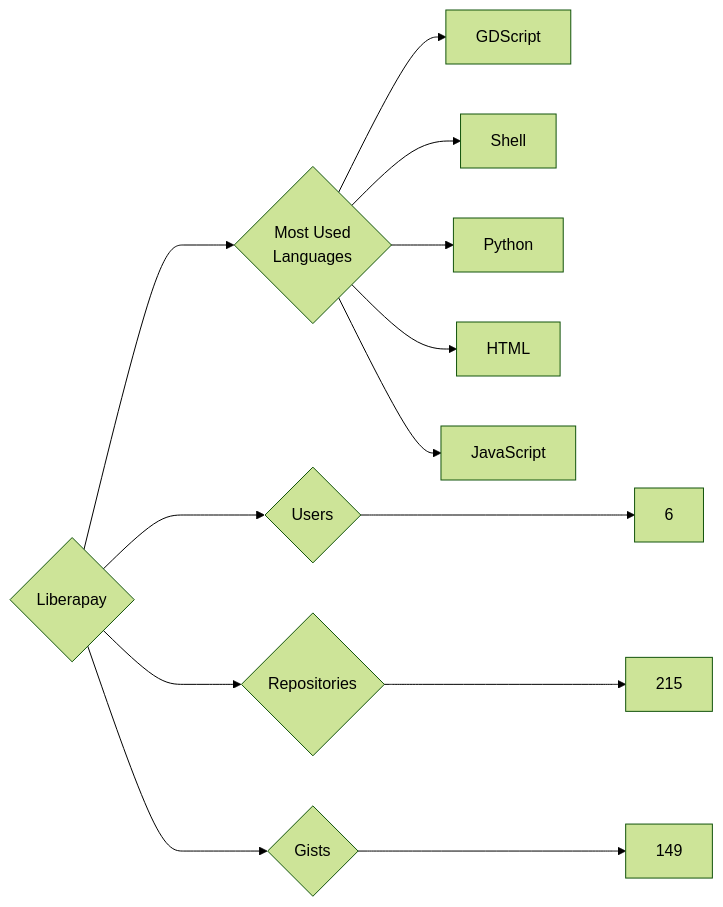
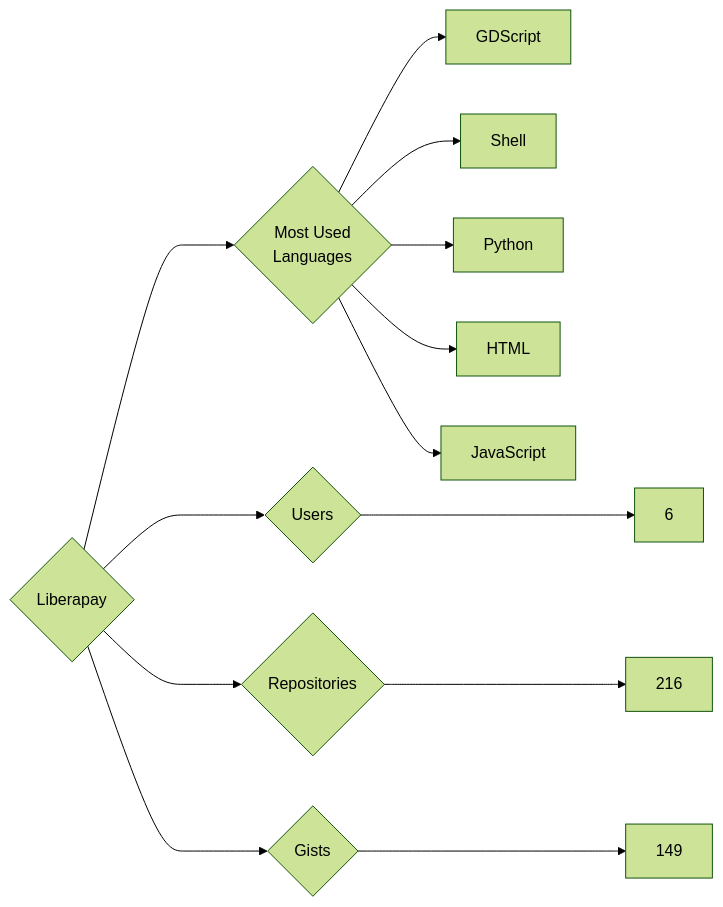
One commit to trickest/insiders changed the diagram in targets/Liberapay/README.md. Above: the diagram before and after it, drawn with Mermaid (forest theme). The commit also changed 814 other files, not shown here.

````diff
--- a/targets/Liberapay/README.md
+++ b/targets/Liberapay/README.md
@@ -3,13 +3,13 @@
 ```mermaid
 graph LR
 COMPANY_NAME{Liberapay}
 COMPANY_NAME ---> U{Users} ---> UN[6]
-COMPANY_NAME ---> R{Repositories} ---> RN[215]
+COMPANY_NAME ---> R{Repositories} ---> RN[216]
 COMPANY_NAME ---> G{Gists} ---> GN[149]
 COMPANY_NAME ---> ML{Most Used<br>Languages}
 ML --> GDScript[GDScript]
 ML --> Shell[Shell]
 ML --> Python[Python]
 ML --> HTML[HTML]
 ML --> JavaScript[JavaScript]
 ```
````
